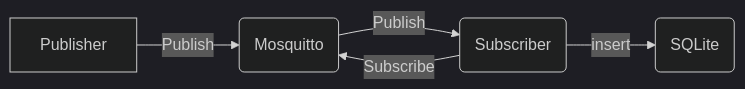
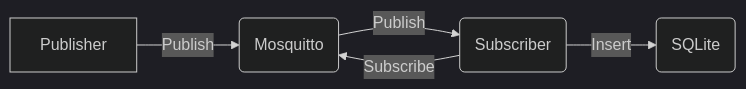
Before and after one commit to sugus-ss/MQTT_project: the diagram in mqtt/README.md, drawn with Mermaid (dark theme).

````diff
--- a/mqtt/README.md
+++ b/mqtt/README.md
@@ -28,8 +28,8 @@
 ```mermaid
 graph LR
 A[Publisher] -- Publish --> B(Mosquitto)
 C -- Subscribe --> B(Mosquitto)
 B -- Publish --> C(Subscriber)
-C -- insert --> D(SQLite)
+C -- Insert --> D(SQLite)
 
 ```
````
